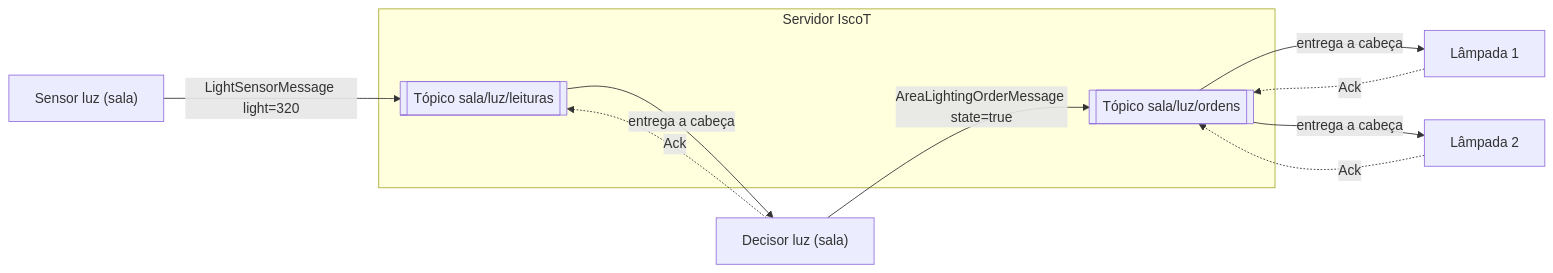
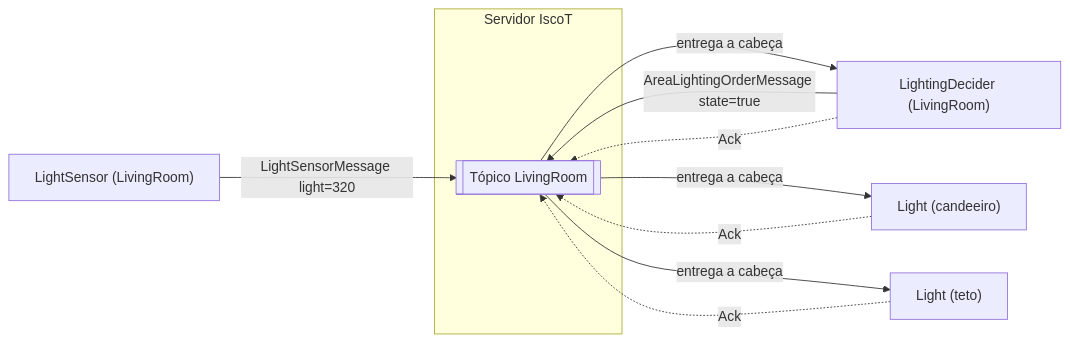
One commit to FredsonMu/IscoT-pcd changed the first of 4 diagrams in docs/02-arquitetura.md. Above: the diagram before and after it, drawn with Mermaid. The commit also changed other lines of this file and 65 other files, not shown here.

````diff
--- a/docs/02-arquitetura.md
+++ b/docs/02-arquitetura.md
@@ -7,15 +9,14 @@
 ```mermaid
 flowchart LR
-  S["Sensor luz (sala)"] -- "LightSensorMessage light=320" --> T1
+  S["LightSensor (LivingRoom)"] -- "LightSensorMessage light=320" --> T
   subgraph Servidor IscoT
-    T1[["Tópico sala/luz/leituras"]]
-    T2[["Tópico sala/luz/ordens"]]
+    T[["Tópico LivingRoom"]]
   end
-  T1 -- entrega a cabeça --> D["Decisor luz (sala)"]
-  D -- "AreaLightingOrderMessage state=true" --> T2
-  T2 -- entrega a cabeça --> L1["Lâmpada 1"]
-  T2 -- entrega a cabeça --> L2["Lâmpada 2"]
-  L1 -. Ack .-> T2
-  L2 -. Ack .-> T2
-  D -. Ack .-> T1
+  T -- entrega a cabeça --> D["LightingDecider (LivingRoom)"]
+  D -- "AreaLightingOrderMessage state=true" --> T
+  T -- entrega a cabeça --> L1["Light (candeeiro)"]
+  T -- entrega a cabeça --> L2["Light (teto)"]
+  L1 -. Ack .-> T
+  L2 -. Ack .-> T
+  D -. Ack .-> T
 ```
````
